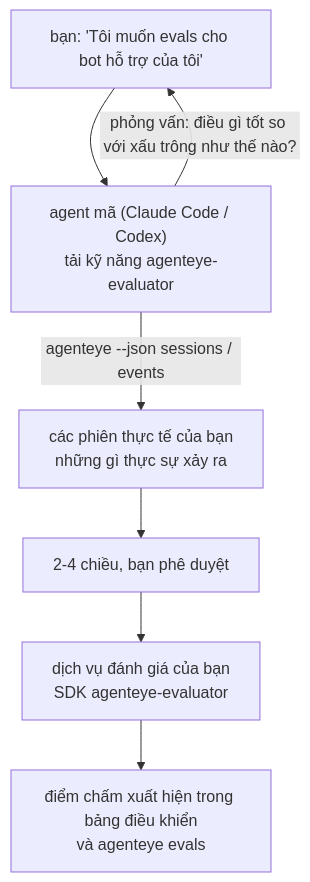
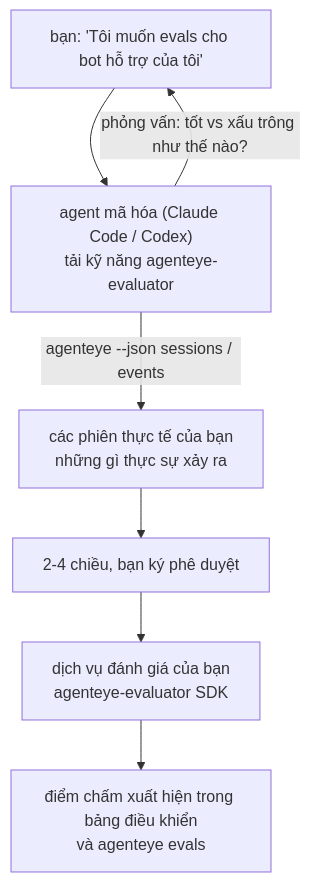
The diagram in docs/vi/agenteye/evaluator-skill.mdx (FailproofAI/failproofai), drawn with Mermaid before and after one commit. The commit also changed other lines of this file and 654 other files, not shown here.

````diff
--- a/docs/vi/agenteye/evaluator-skill.mdx
+++ b/docs/vi/agenteye/evaluator-skill.mdx
@@ -20,9 +21,9 @@
 ```mermaid
 flowchart TD
-    YOU["bạn: 'Tôi muốn evals cho bot hỗ trợ của tôi'"] --> AGENT["agent mã (Claude Code / Codex)<br/>tải kỹ năng agenteye-evaluator"]
-    AGENT -->|"phỏng vấn: điều gì tốt so với xấu trông như thế nào?"| YOU
+    YOU["bạn: 'Tôi muốn evals cho bot hỗ trợ của tôi'"] --> AGENT["agent mã hóa (Claude Code / Codex)<br/>tải kỹ năng agenteye-evaluator"]
+    AGENT -->|"phỏng vấn: tốt vs xấu trông như thế nào?"| YOU
     AGENT -->|"agenteye --json sessions / events"| DATA["các phiên thực tế của bạn<br/>những gì thực sự xảy ra"]
-    DATA --> DIMS["2-4 chiều, bạn phê duyệt"]
-    DIMS --> SVC["dịch vụ đánh giá của bạn<br/>SDK agenteye-evaluator"]
+    DATA --> DIMS["2-4 chiều, bạn ký phê duyệt"]
+    DIMS --> SVC["dịch vụ đánh giá của bạn<br/>agenteye-evaluator SDK"]
     SVC --> SCORES["điểm chấm xuất hiện trong bảng điều khiển<br/>và agenteye evals"]
 ```
````
